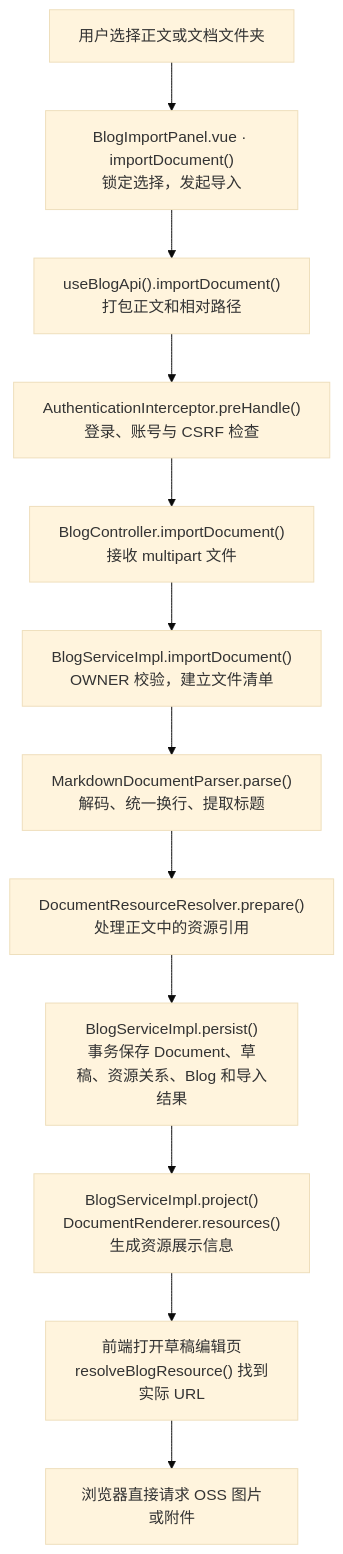
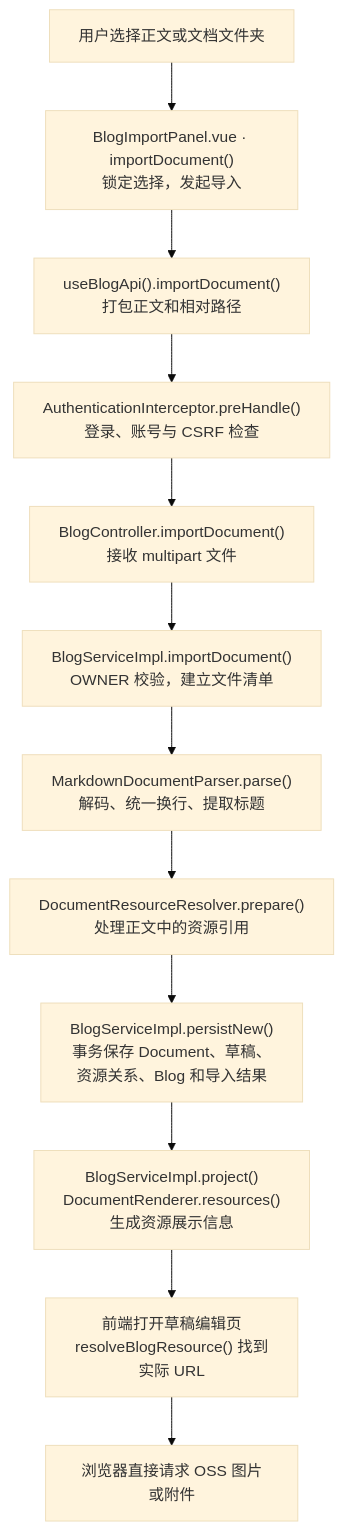
The first of 8 diagrams in resources/learning/document-import-lifecycle.md (WKING66/mai-s-portfolio), drawn with Mermaid (base theme) before and after one commit. The commit also changed other lines of this file and 21 other files, not shown here.

````diff
--- a/resources/learning/document-import-lifecycle.md
+++ b/resources/learning/document-import-lifecycle.md
@@ -26,14 +26,14 @@
 ```mermaid
 flowchart TD
     A["用户选择正文或文档文件夹"] --> B["BlogImportPanel.vue · importDocument()<br/>锁定选择，发起导入"]
     B --> C["useBlogApi().importDocument()<br/>打包正文和相对路径"]
     C --> D["AuthenticationInterceptor.preHandle()<br/>登录、账号与 CSRF 检查"]
     D --> E["BlogController.importDocument()<br/>接收 multipart 文件"]
     E --> F["BlogServiceImpl.importDocument()<br/>OWNER 校验，建立文件清单"]
     F --> G["MarkdownDocumentParser.parse()<br/>解码、统一换行、提取标题"]
     G --> H["DocumentResourceResolver.prepare()<br/>处理正文中的资源引用"]
-    H --> I["BlogServiceImpl.persist()<br/>事务保存 Document、草稿、资源关系、Blog 和导入结果"]
+    H --> I["BlogServiceImpl.persistNew()<br/>事务保存 Document、草稿、资源关系、Blog 和导入结果"]
     I --> J["BlogServiceImpl.project()<br/>DocumentRenderer.resources()<br/>生成资源展示信息"]
     J --> K["前端打开草稿编辑页<br/>resolveBlogResource() 找到实际 URL"]
     K --> L["浏览器直接请求 OSS 图片或附件"]
 ```
````
